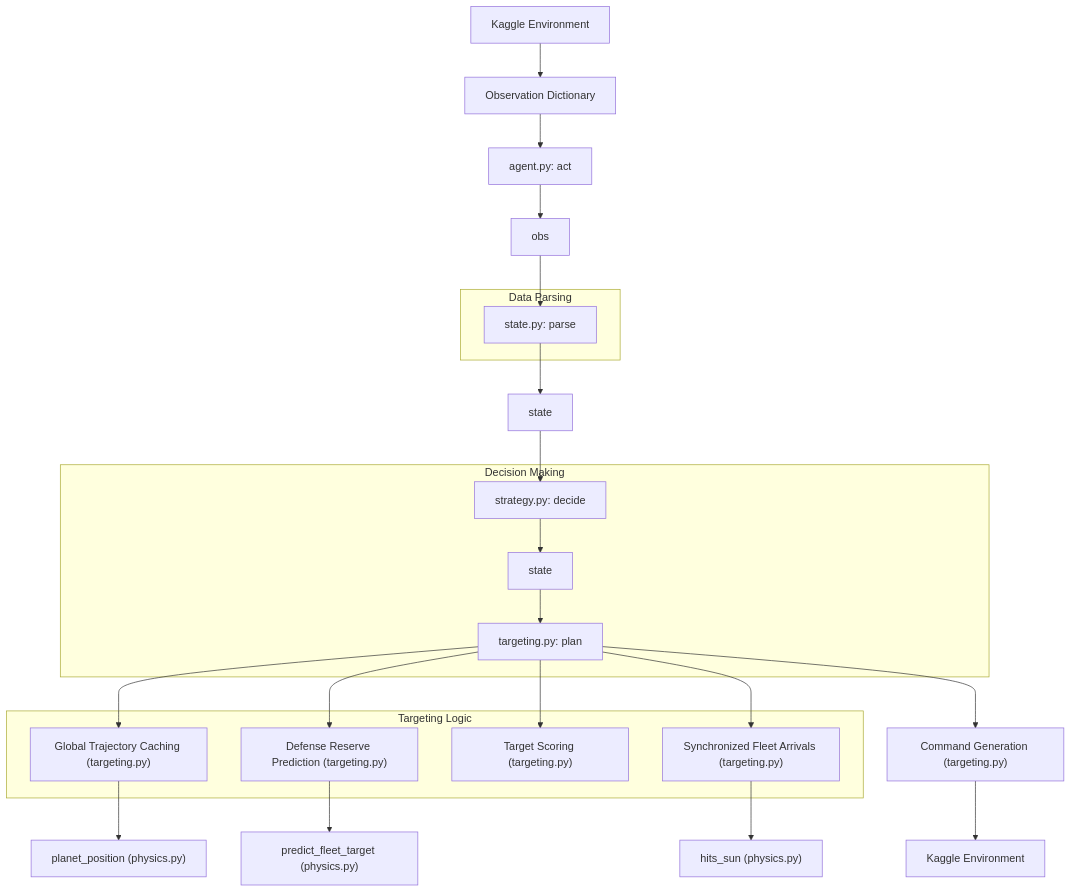
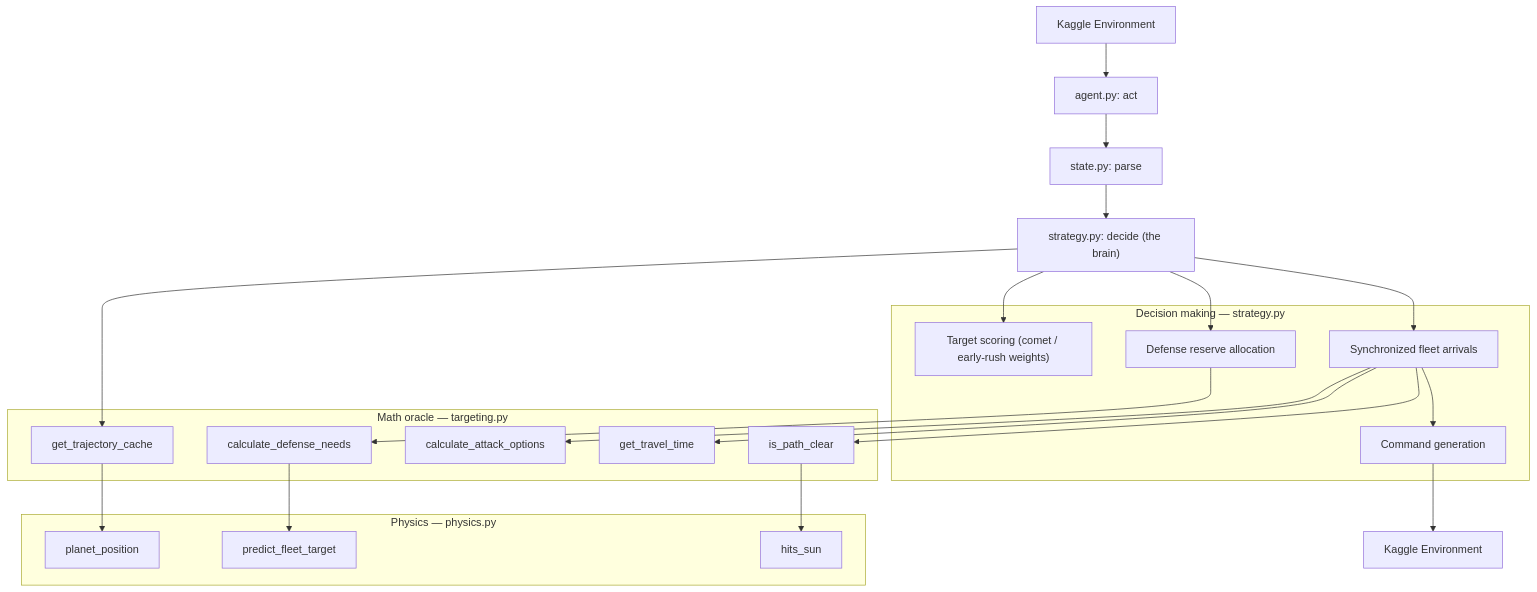
Before and after one commit to gmei6/orbit_wars_kaggle: the first of 2 diagrams in v1_1/README.md, drawn with Mermaid. The commit also changed other lines of this file and 9 other files, not shown here.

````diff
--- a/v1_1/README.md
+++ b/v1_1/README.md
@@ -12,45 +18,41 @@
 ```mermaid
 graph TD
-    Env["Kaggle Environment"] --> ObsDict["Observation Dictionary"]
-    ObsDict --> Agent["agent.py: act"]
-    Agent --> ObsNode["obs"]
+    Env["Kaggle Environment"] --> Agent["agent.py: act"]
+    Agent --> Parse["state.py: parse"]
+    Parse --> Strategy["strategy.py: decide (the brain)"]
 
-    subgraph Data Parsing
-        StateParse["state.py: parse"]
+    subgraph Brain["Decision making — strategy.py"]
+        TS["Target scoring (comet / early-rush weights)"]
+        DR["Defense reserve allocation"]
+        SFA["Synchronized fleet arrivals"]
+        CmdGen["Command generation"]
     end
-    ObsNode --> StateParse
-    StateParse --> StateNode1["state"]
+    Strategy --> TS
+    Strategy --> DR
+    Strategy --> SFA
+    SFA --> CmdGen
 
-    subgraph Decision Making
-        Strategy["strategy.py: decide"]
-        StateNode2["state"]
-        Target["targeting.py: plan"]
-        Strategy --> StateNode2 --> Target
+    subgraph Oracle["Math oracle — targeting.py"]
+        GTC["get_trajectory_cache"]
+        DEF["calculate_defense_needs"]
+        ATK["calculate_attack_options"]
+        TT["get_travel_time"]
+        PC["is_path_clear"]
     end
-    StateNode1 --> Strategy
+    Strategy --> GTC
+    DR --> DEF
+    SFA --> ATK
+    SFA --> TT
+    SFA --> PC
 
-    subgraph Targeting Logic
-        GTC["Global Trajectory Caching (targeting.py)"]
-        DRP["Defense Reserve Prediction (targeting.py)"]
-        TS["Target Scoring (targeting.py)"]
-        SFA["Synchronized Fleet Arrivals (targeting.py)"]
+    subgraph Physics["Physics — physics.py"]
+        PP["planet_position"]
+        PFT["predict_fleet_target"]
+        HS["hits_sun"]
     end
-
-    Target --> GTC
-    Target --> DRP
-    Target --> TS
-    Target --> SFA
-
-    CmdGen["Command Generation (targeting.py)"]
-    Target --> CmdGen
-
-    Phys1["planet_position (physics.py)"]
-    Phys2["predict_fleet_target (physics.py)"]
-    Phys3["hits_sun (physics.py)"]
-
-    GTC --> Phys1
-    DRP --> Phys2
-    SFA --> Phys3
+    GTC --> PP
+    DEF --> PFT
+    PC --> HS
 
     CmdGen --> EnvOut["Kaggle Environment"]
 ```
````
